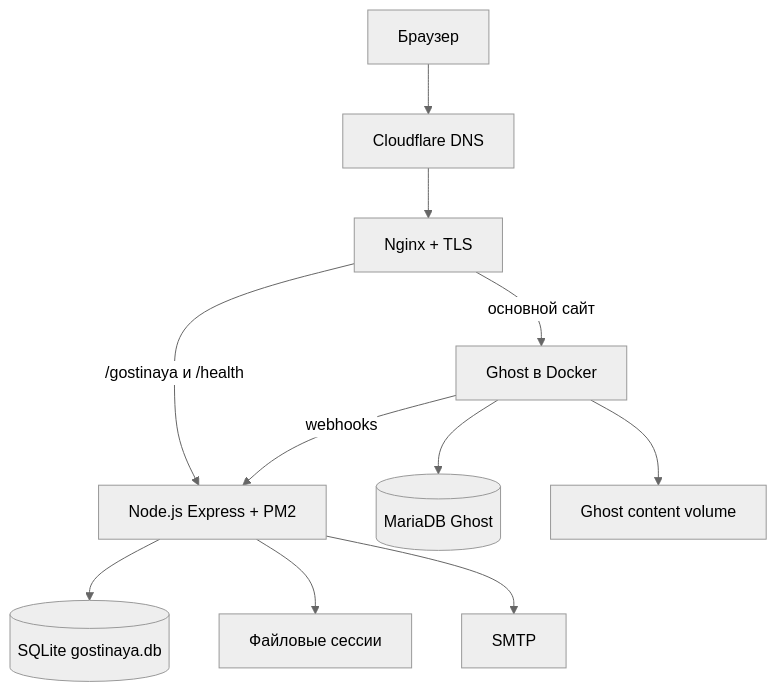
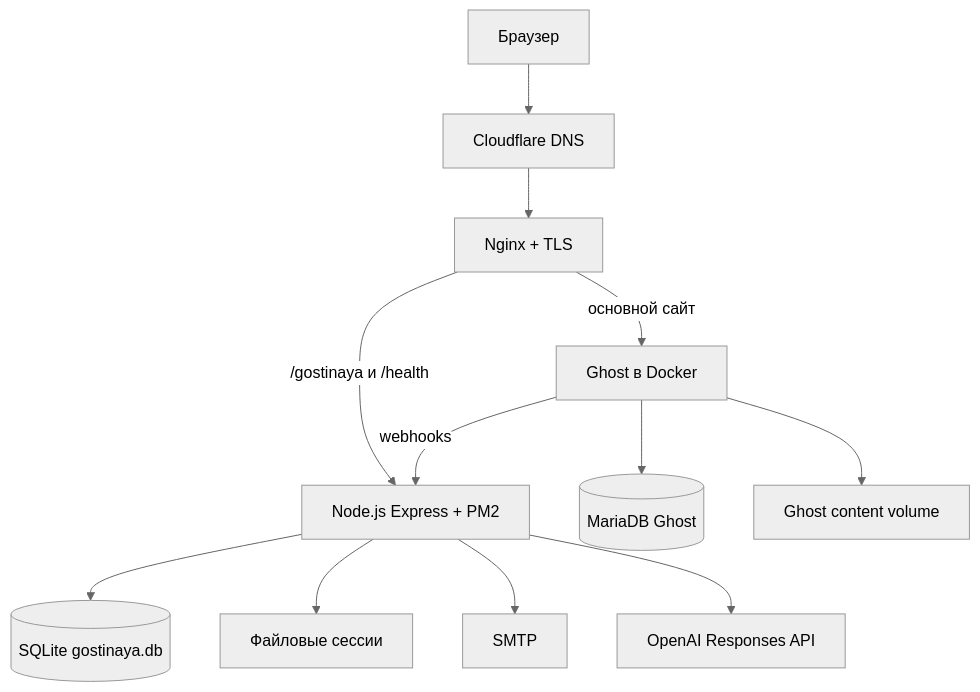
One commit to zero0661/gostinaya changed the diagram in docs/TECHNICAL-PASSPORT.md. Above: the diagram before and after it, drawn with Mermaid (neutral theme). The commit also changed other lines of this file, not shown here.

````diff
--- a/docs/TECHNICAL-PASSPORT.md
+++ b/docs/TECHNICAL-PASSPORT.md
@@ -86,13 +86,14 @@
 ```mermaid
 flowchart TD
     U[Браузер] --> C[Cloudflare DNS]
     C --> N[Nginx + TLS]
     N -->|основной сайт| G[Ghost в Docker]
     N -->|/gostinaya и /health| L[Node.js Express + PM2]
     G --> M[(MariaDB Ghost)]
     G --> V[Ghost content volume]
     G -->|webhooks| L
     L --> S[(SQLite gostinaya.db)]
     L --> F[Файловые сессии]
     L --> P[SMTP]
+    L --> O[OpenAI Responses API]
 ```
````
